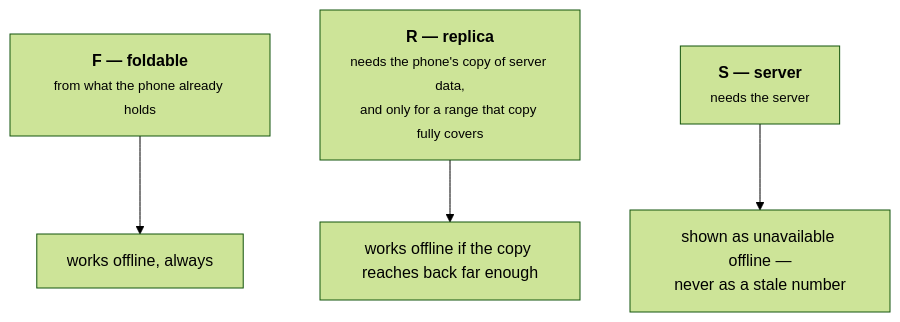
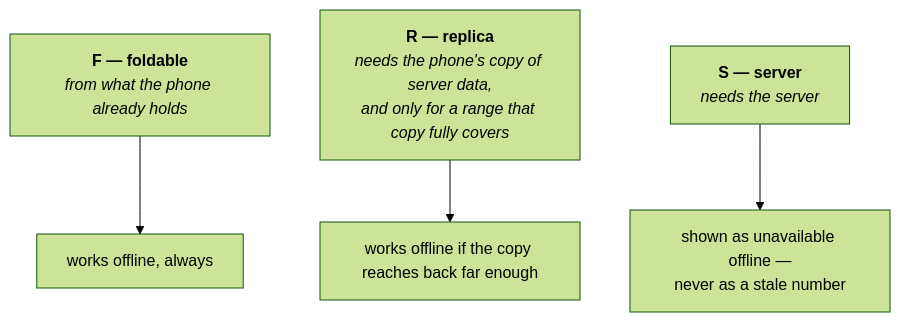
One commit to VoltLightning/waltning changed the second of 2 diagrams in docs/wiki/Money-and-FX.md. Above: the diagram before and after it, drawn with Mermaid (forest theme). The commit also changed other lines of this file and 15 other files, not shown here.

````diff
--- a/docs/wiki/Money-and-FX.md
+++ b/docs/wiki/Money-and-FX.md
@@ -96,6 +96,6 @@
 ```mermaid
 graph TB
-    F["<b>F — foldable</b><br/><small>from what the phone already holds</small>"] --> FO["works offline, always"]
-    R["<b>R — replica</b><br/><small>needs the phone's copy of server data,<br/>and only for a range that copy fully covers</small>"] --> RO["works offline if the copy reaches back far enough"]
-    S["<b>S — server</b><br/><small>needs the server</small>"] --> SO["shown as unavailable offline —<br/>never as a stale number"]
+    F["<b>F — foldable</b><br/><i>from what the phone already holds</i>"] --> FO["works offline, always"]
+    R["<b>R — replica</b><br/><i>needs the phone's copy of server data,<br/>and only for a range that copy fully covers</i>"] --> RO["works offline if the copy reaches back far enough"]
+    S["<b>S — server</b><br/><i>needs the server</i>"] --> SO["shown as unavailable offline —<br/>never as a stale number"]
 ```
````
